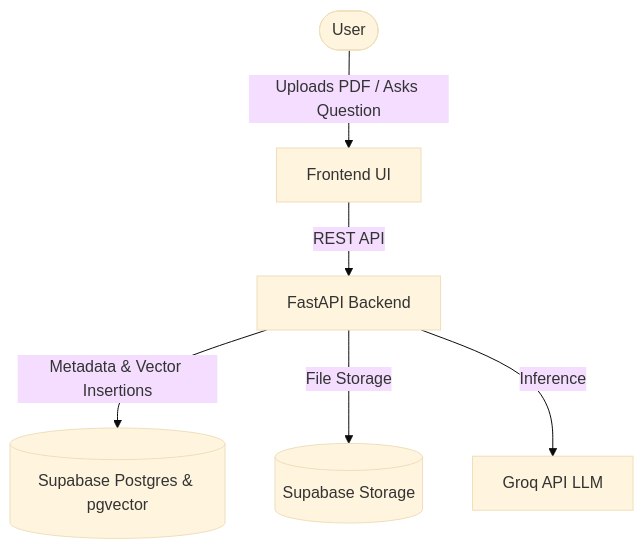
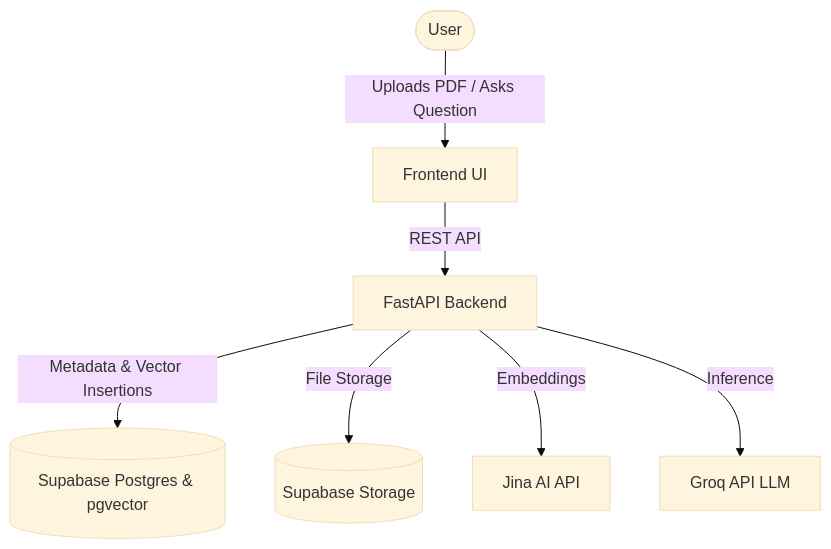
The first of 3 diagrams in README.md (om0604/LumosAi), drawn with Mermaid (base theme) before and after one commit. The commit also changed other lines of this file and 11 other files, not shown here.

````diff
--- a/README.md
+++ b/README.md
@@ -25,9 +23,10 @@
 ```mermaid
 graph TD
     User([User]) -->|Uploads PDF / Asks Question| Frontend[Frontend UI]
     Frontend -->|REST API| API[FastAPI Backend]
     
     API -->|Metadata & Vector Insertions| DB[(Supabase Postgres & pgvector)]
     API -->|File Storage| Storage[(Supabase Storage)]
+    API -->|Embeddings| Jina[Jina AI API]
     API -->|Inference| Groq[Groq API LLM]
 ```
````
